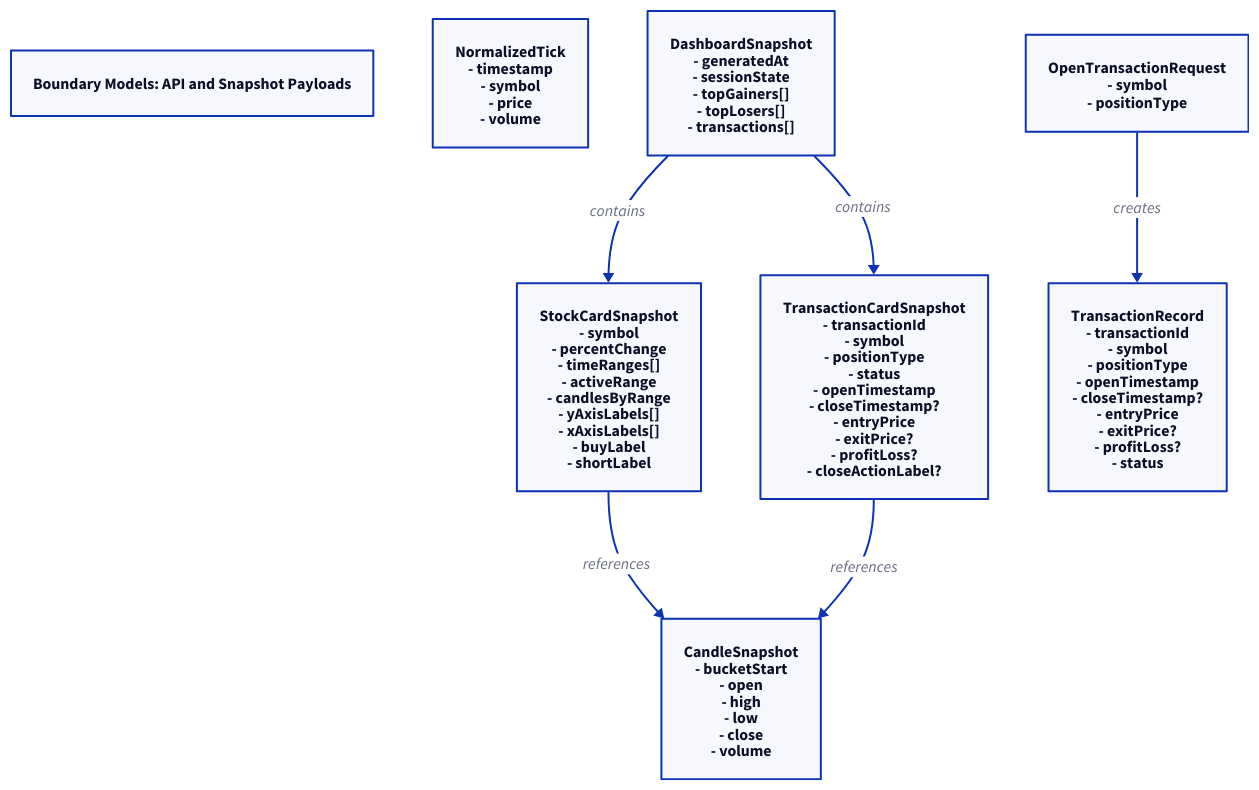
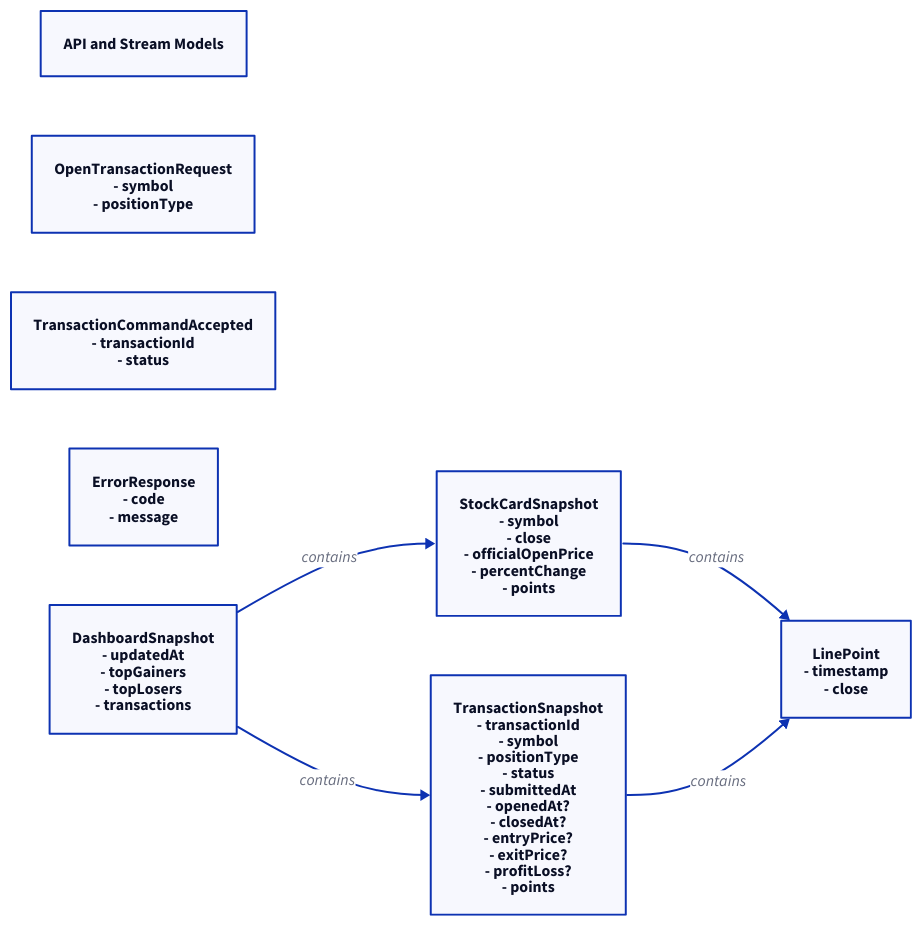
The diagram in docs/diagrams/models/api_models.d2 (TeroTS/stock-dashboard), drawn with D2 before and after one commit. The commit also changed 12 other files, not shown here.

```diff
--- a/docs/diagrams/models/api_models.d2
+++ b/docs/diagrams/models/api_models.d2
@@ -1,35 +1,36 @@
-title: Boundary Models: API and Snapshot Payloads
+title: API and Stream Models
 
-normalized_tick: {
-  label: "NormalizedTick\n- timestamp\n- symbol\n- price\n- volume"
-}
+direction: right
 
-dashboard_snapshot: {
-  label: "DashboardSnapshot\n- generatedAt\n- sessionState\n- topGainers[]\n- topLosers[]\n- transactions[]"
-}
-
-stock_card_snapshot: {
-  label: "StockCardSnapshot\n- symbol\n- percentChange\n- timeRanges[]\n- activeRange\n- candlesByRange\n- yAxisLabels[]\n- xAxisLabels[]\n- buyLabel\n- shortLabel"
-}
-
-transaction_card_snapshot: {
-  label: "TransactionCardSnapshot\n- transactionId\n- symbol\n- positionType\n- status\n- openTimestamp\n- closeTimestamp?\n- entryPrice\n- exitPrice?\n- profitLoss?\n- closeActionLabel?"
-}
-
-candle_snapshot: {
-  label: "CandleSnapshot\n- bucketStart\n- open\n- high\n- low\n- close\n- volume"
-}
-
-open_transaction_request: {
+OpenTransactionRequest: {
   label: "OpenTransactionRequest\n- symbol\n- positionType"
 }
 
-transaction_record: {
-  label: "TransactionRecord\n- transactionId\n- symbol\n- positionType\n- openTimestamp\n- closeTimestamp?\n- entryPrice\n- exitPrice?\n- profitLoss?\n- status"
+TransactionCommandAccepted: {
+  label: "TransactionCommandAccepted\n- transactionId\n- status"
 }
 
-dashboard_snapshot -> stock_card_snapshot: contains
-dashboard_snapshot -> transaction_card_snapshot: contains
-stock_card_snapshot -> candle_snapshot: references
-transaction_card_snapshot -> candle_snapshot: references
-open_transaction_request -> transaction_record: creates
+ErrorResponse: {
+  label: "ErrorResponse\n- code\n- message"
+}
+
+DashboardSnapshot: {
+  label: "DashboardSnapshot\n- updatedAt\n- topGainers\n- topLosers\n- transactions"
+}
+
+StockCardSnapshot: {
+  label: "StockCardSnapshot\n- symbol\n- close\n- officialOpenPrice\n- percentChange\n- points"
+}
+
+TransactionSnapshot: {
+  label: "TransactionSnapshot\n- transactionId\n- symbol\n- positionType\n- status\n- submittedAt\n- openedAt?\n- closedAt?\n- entryPrice?\n- exitPrice?\n- profitLoss?\n- points"
+}
+
+LinePoint: {
+  label: "LinePoint\n- timestamp\n- close"
+}
+
+DashboardSnapshot -> StockCardSnapshot: contains
+DashboardSnapshot -> TransactionSnapshot: contains
+StockCardSnapshot -> LinePoint: contains
+TransactionSnapshot -> LinePoint: contains
```
